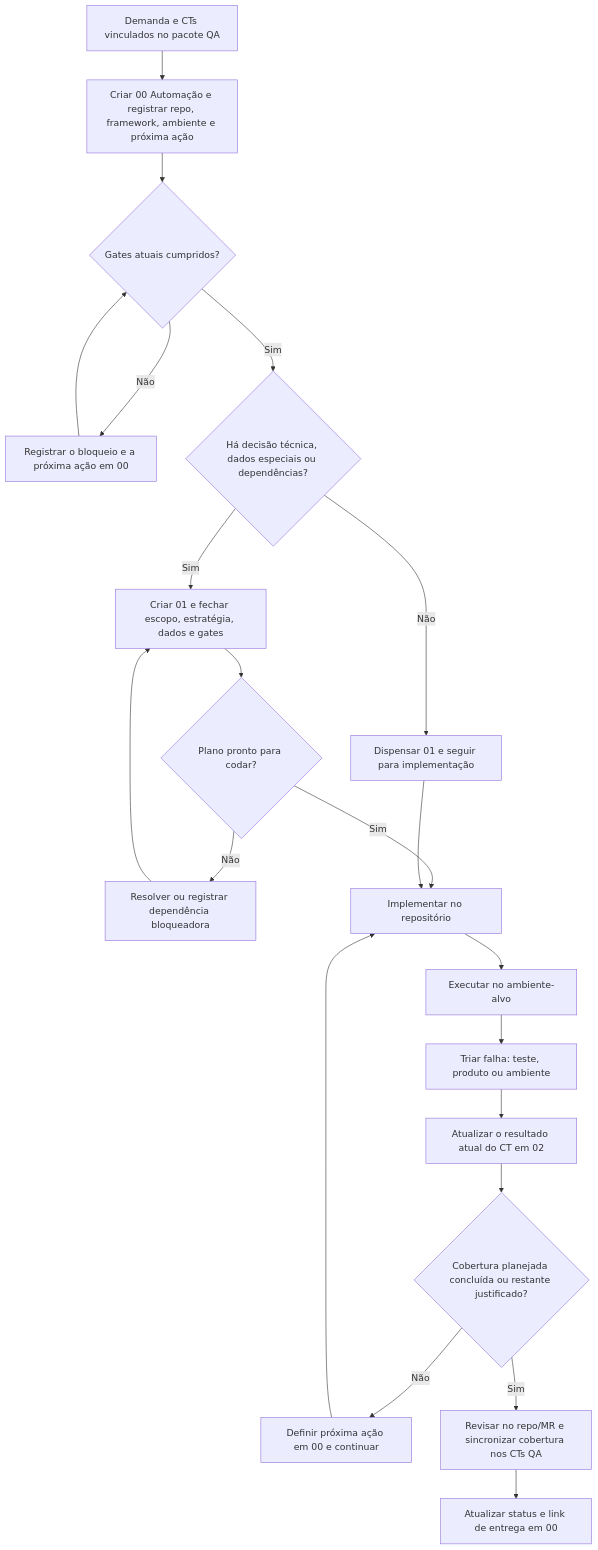
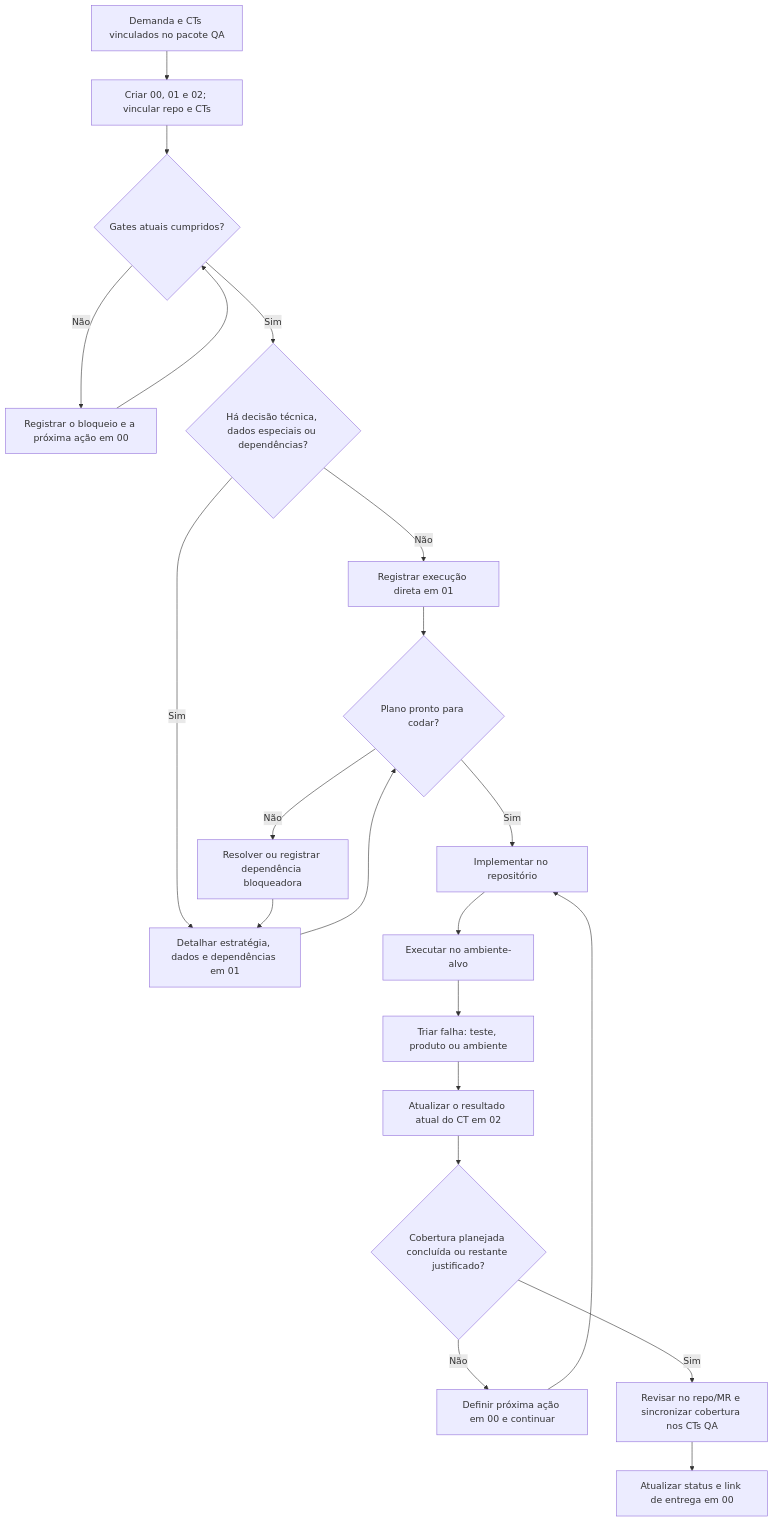
Before and after one commit to RafaCartaxo/brainwork: the diagram in Sistema/Specs/2026-10-07-briefing-automacao-preset.md, drawn with Mermaid. The commit also changed other lines of this file and 11 other files, not shown here.

````diff
--- a/Sistema/Specs/2026-10-07-briefing-automacao-preset.md
+++ b/Sistema/Specs/2026-10-07-briefing-automacao-preset.md
@@ -288,23 +287,23 @@
 ```mermaid
 flowchart TD
-    A[Demanda e CTs vinculados no pacote QA] --> B[Criar 00 Automação e registrar repo, framework, ambiente e próxima ação]
+    A[Demanda e CTs vinculados no pacote QA] --> B[Criar 00, 01 e 02; vincular repo e CTs]
     B --> C{Gates atuais cumpridos?}
     C -- Não --> D[Registrar o bloqueio e a próxima ação em 00]
     D --> C
     C -- Sim --> E{Há decisão técnica, dados especiais ou dependências?}
-    E -- Não --> F[Dispensar 01 e seguir para implementação]
-    E -- Sim --> G[Criar 01 e fechar escopo, estratégia, dados e gates]
+    E -- Não --> F[Registrar execução direta em 01]
+    E -- Sim --> G[Detalhar estratégia, dados e dependências em 01]
     G --> H{Plano pronto para codar?}
     H -- Não --> I[Resolver ou registrar dependência bloqueadora]
     I --> G
     H -- Sim --> J[Implementar no repositório]
-    F --> J
+    F --> H
     J --> K[Executar no ambiente-alvo]
     K --> L[Triar falha: teste, produto ou ambiente]
     L --> M[Atualizar o resultado atual do CT em 02]
     M --> N{Cobertura planejada concluída ou restante justificado?}
     N -- Não --> O[Definir próxima ação em 00 e continuar]
     O --> J
     N -- Sim --> P[Revisar no repo/MR e sincronizar cobertura nos CTs QA]
     P --> Q[Atualizar status e link de entrega em 00]
 ```
````
